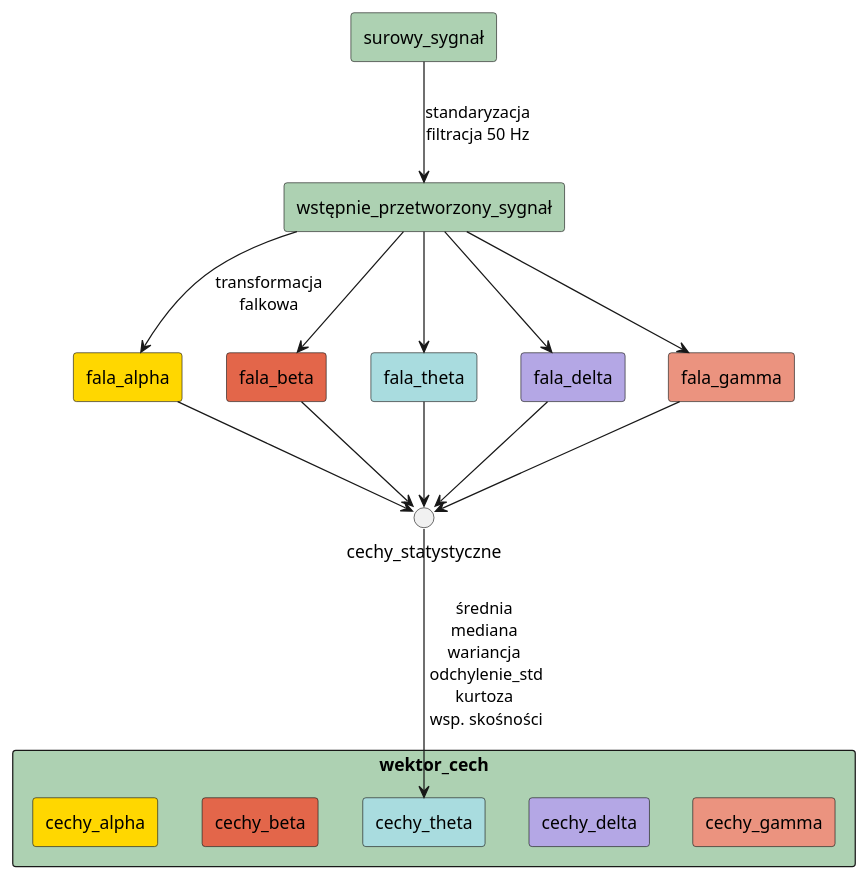
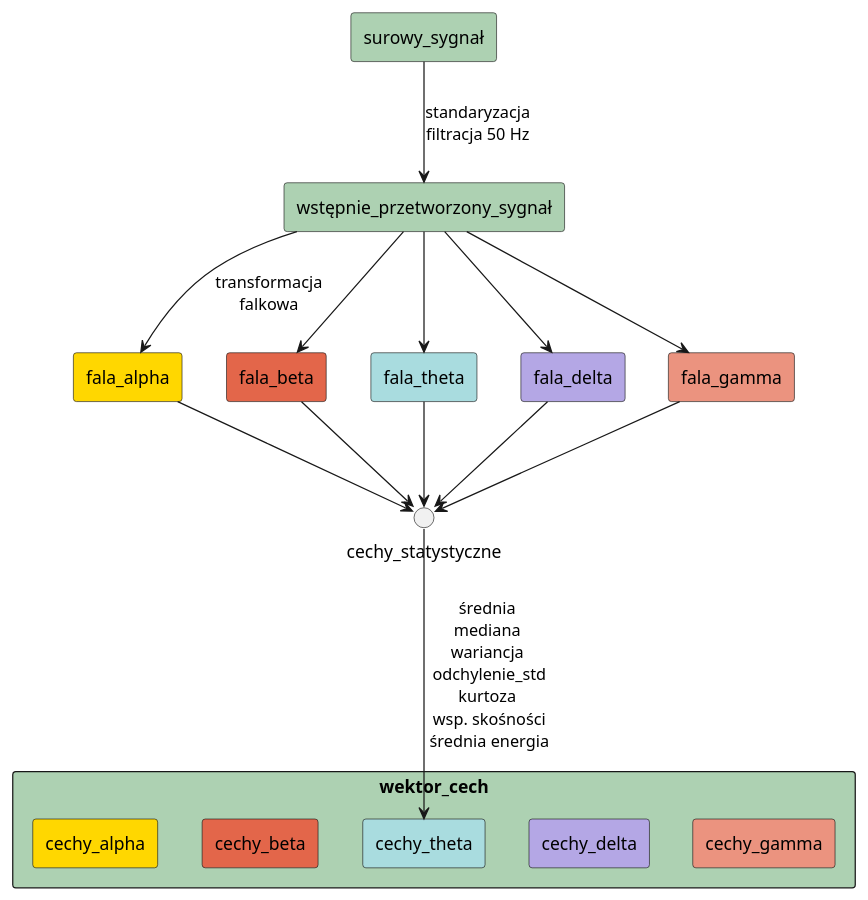
One commit to TomaszPazdziora/ADHD-EEG-classifier changed the diagram in doc/feature_extraction.plantuml. Above: the diagram before and after it, drawn with PlantUML. The commit also changed 3 other files, not shown here.

```diff
--- a/doc/feature_extraction.plantuml
+++ b/doc/feature_extraction.plantuml
@@ -1,38 +1,38 @@
 @startuml waves
 
 rectangle "surowy_sygnał" #ADD1B2
 rectangle "wstępnie_przetworzony_sygnał" #ADD1B2
 rectangle "fala_alpha" #FFD700
 rectangle "fala_beta" #E3664A
 rectangle "fala_theta" #A9DCDF
 rectangle "fala_delta" #B4A7E5
 rectangle "fala_gamma" #EB937F
 
 rectangle "wektor_cech" #ADD1B2{
     rectangle "cechy_alpha" #FFD700
     rectangle "cechy_beta" #E3664A
     rectangle "cechy_theta" #A9DCDF
     rectangle "cechy_delta" #B4A7E5
     rectangle "cechy_gamma" #EB937F
 }
 
 surowy_sygnał --> wstępnie_przetworzony_sygnał: standaryzacja\nfiltracja 50 Hz
 wstępnie_przetworzony_sygnał --> fala_alpha: transformacja\nfalkowa
 wstępnie_przetworzony_sygnał --> fala_beta
 wstępnie_przetworzony_sygnał --> fala_theta
 wstępnie_przetworzony_sygnał --> fala_delta
 wstępnie_przetworzony_sygnał --> fala_gamma
 
 fala_alpha --> cechy_statystyczne
 fala_beta --> cechy_statystyczne
 fala_theta --> cechy_statystyczne
 fala_delta --> cechy_statystyczne
 fala_gamma --> cechy_statystyczne
 
 "cechy_alpha" -[hidden]right-> "cechy_beta"
 "cechy_beta" -[hidden]right-> "cechy_theta"
 "cechy_theta" -[hidden]right-> "cechy_delta"
 "cechy_delta" -[hidden]right-> "cechy_gamma"
 
-cechy_statystyczne --> cechy_theta: średnia\nmediana\nwariancja\n odchylenie_std\n kurtoza \n wsp. skośności
+cechy_statystyczne --> cechy_theta: średnia\nmediana\nwariancja\n odchylenie_std\n kurtoza \n wsp. skośności\n średnia energia
 @enduml
```
